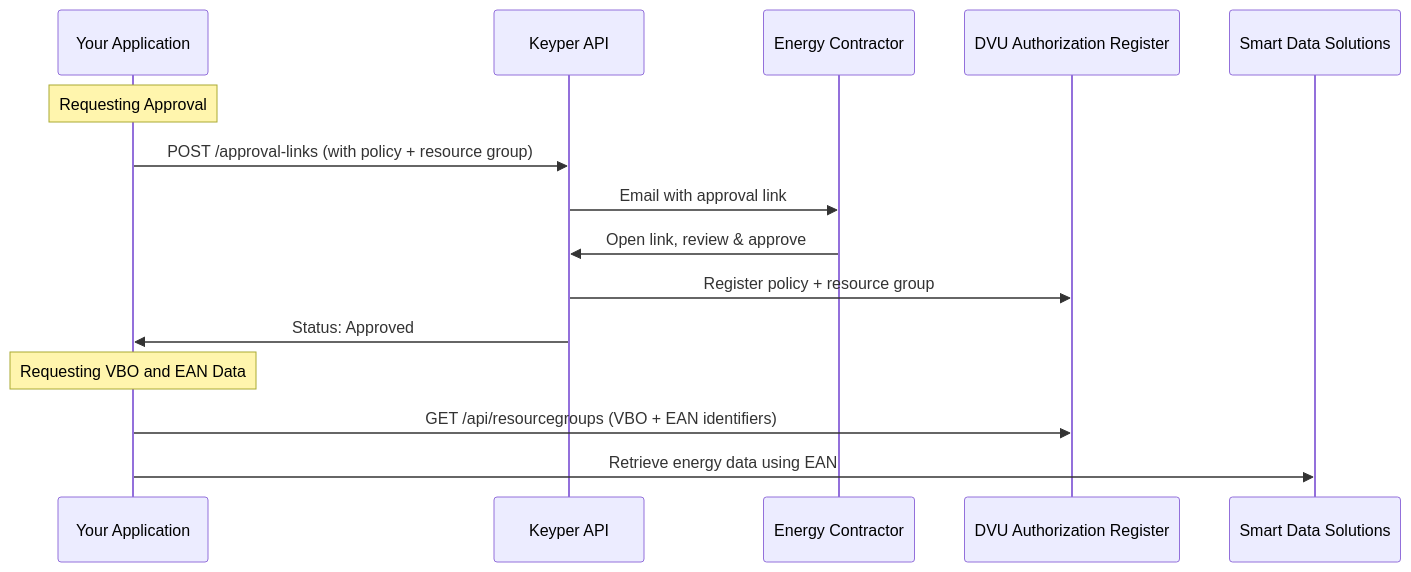
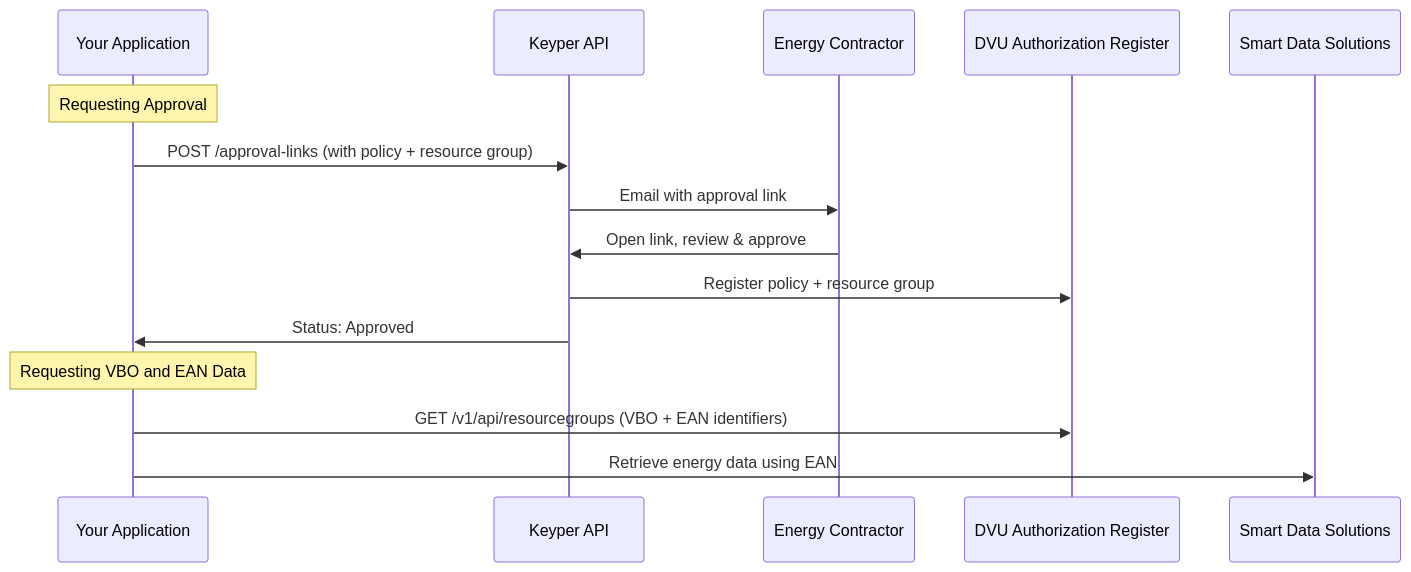
One commit to POORT8/Poort8.Docs changed the diagram in dvu/direct-ean.md. Above: the diagram before and after it, drawn with Mermaid. The commit also changed 2 other files, not shown here.

Commit message:
Deploy dvu docs: 6e06a5beae272c72eed9c70ff3568d77f3adb193

````diff
--- a/dvu/direct-ean.md
+++ b/dvu/direct-ean.md
@@ -11,17 +11,17 @@
 ```mermaid
 sequenceDiagram
     participant App as Your Application
     participant Keyper as Keyper API
     participant EC as Energy Contractor
     participant AR as DVU Authorization Register
     participant SDS as Smart Data Solutions
     Note over App: Requesting Approval
     App->>Keyper: POST /approval-links (with policy + resource group)
     Keyper->>EC: Email with approval link
     EC->>Keyper: Open link, review & approve
     Keyper->>AR: Register policy + resource group
     Keyper->>App: Status: Approved
     Note over App: Requesting VBO and EAN Data
-    App->>AR: GET /api/resourcegroups (VBO + EAN identifiers)
+    App->>AR: GET /v1/api/resourcegroups (VBO + EAN identifiers)
     App->>SDS: Retrieve energy data using EAN
 ```
````
